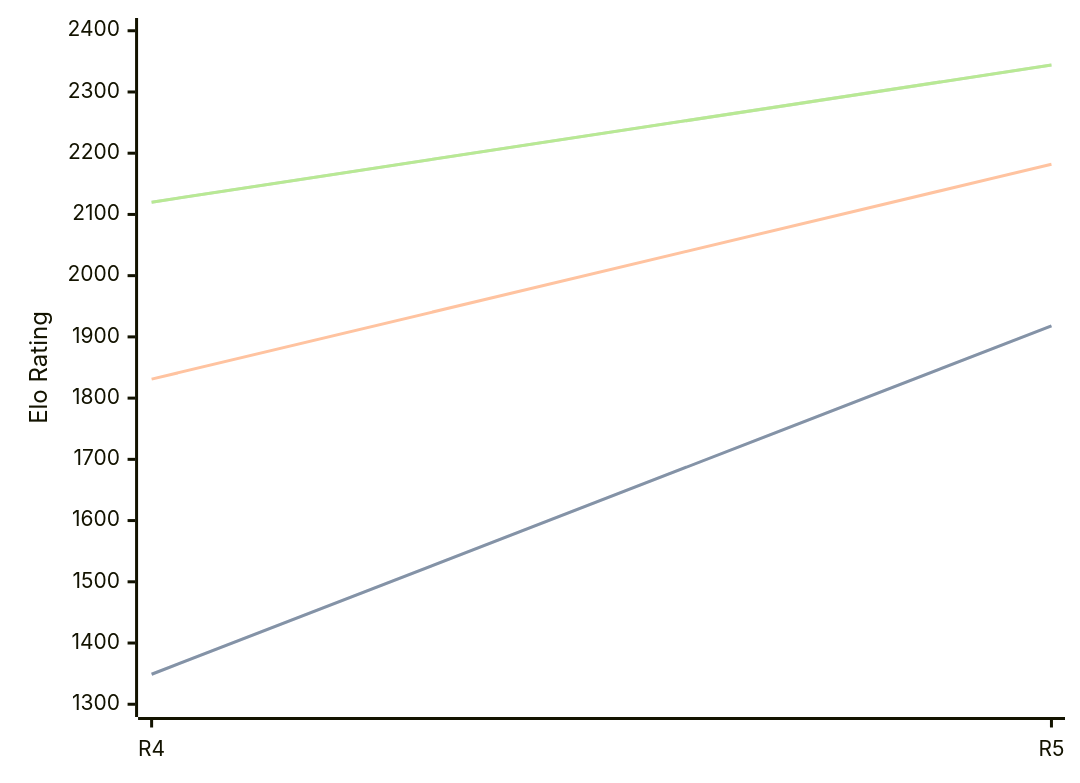
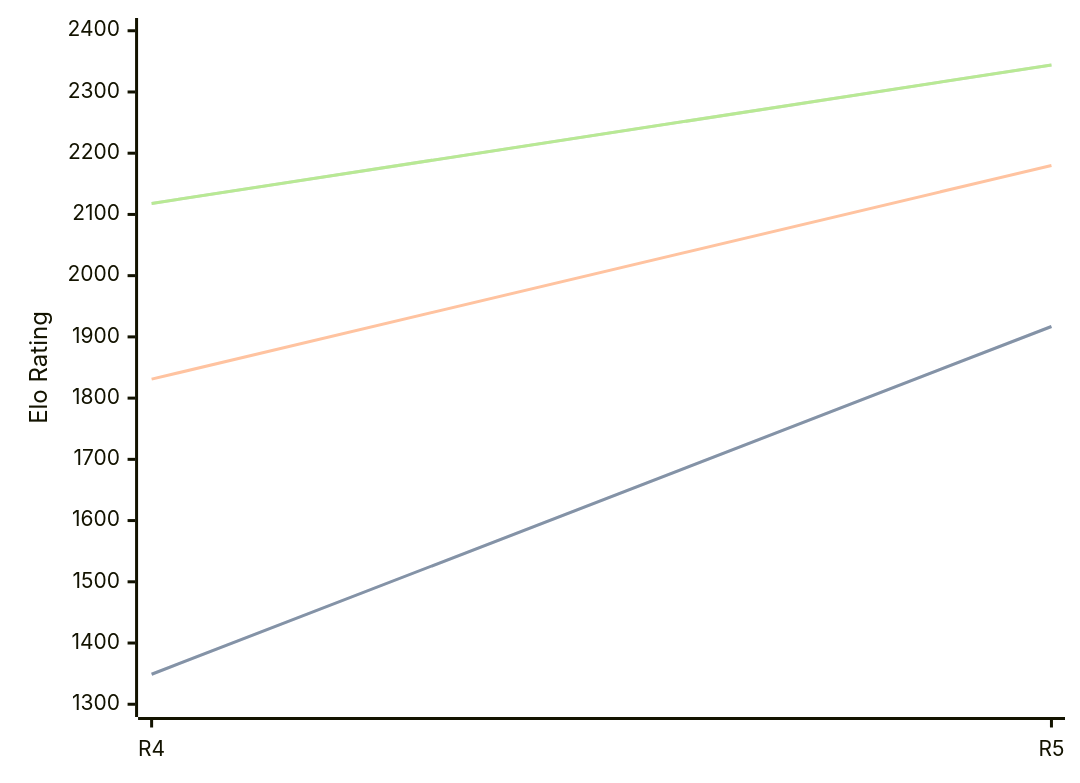
The diagram in engines/Viking.md (computer-chess-index/cci), drawn with Mermaid before and after one commit. The commit also changed other lines of this file, not shown here.

Commit message:
Update CCI Ratings (ELO VLTC) - 2026-09-03

````diff
--- a/engines/Viking.md
+++ b/engines/Viking.md
@@ -35,11 +35,11 @@
 ```mermaid
 %%{init: {"theme":"base","themeVariables":{"seriesColors:['#a3a3a3','#222221','#faa371']}}}%%
 xychart-beta
   x-axis ["R4", "R5"]
   y-axis "Elo Rating" 1300 --> 2400
-  line "" [1349, 1918]
-  line "STC (8.0+0.08s)" [1349, 1918]
-  line "LTC (60.0+0.60s)" [1831, 2182]
-  line "" [2120, 2344]
-  line "VLTC (2m24s+1.12s)" [2120, 2344]
+  line "" [1349, 1917]
+  line "STC (8.0+0.08s)" [1349, 1917]
+  line "LTC (60.0+0.60s)" [1831, 2180]
+  line "" [2118, 2344]
+  line "VLTC (2m24s+1.12s)" [2118, 2344]
 ```
````
